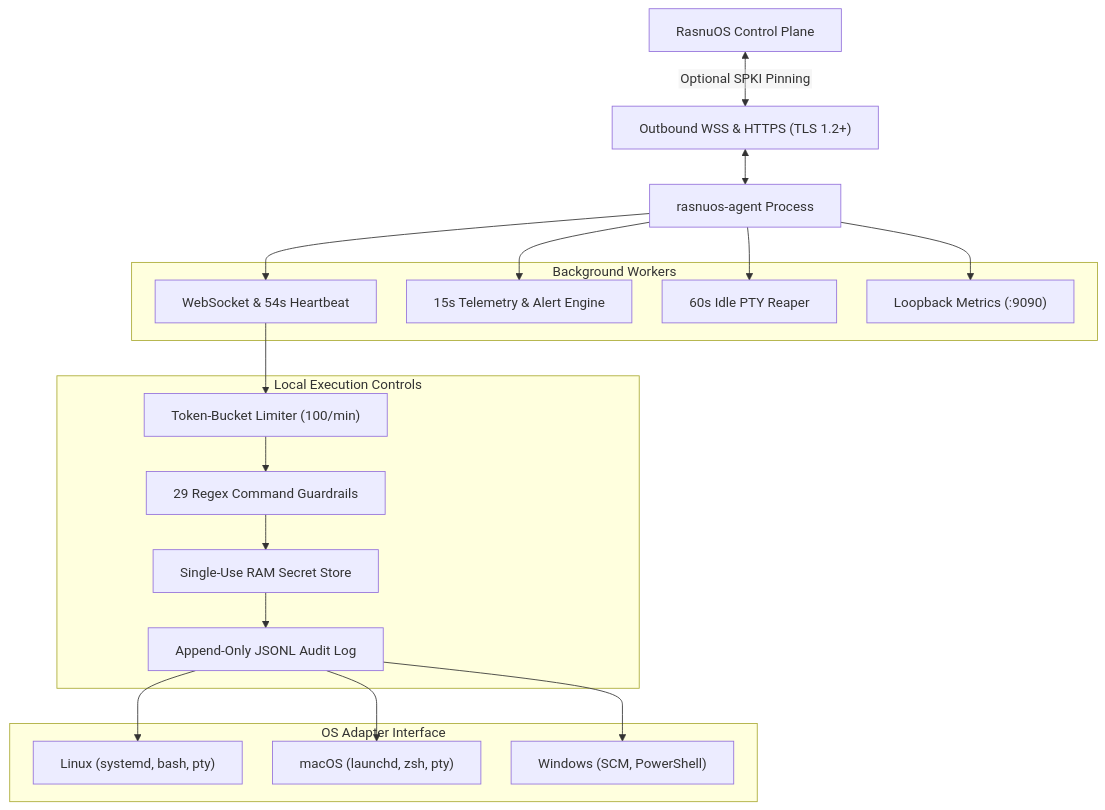
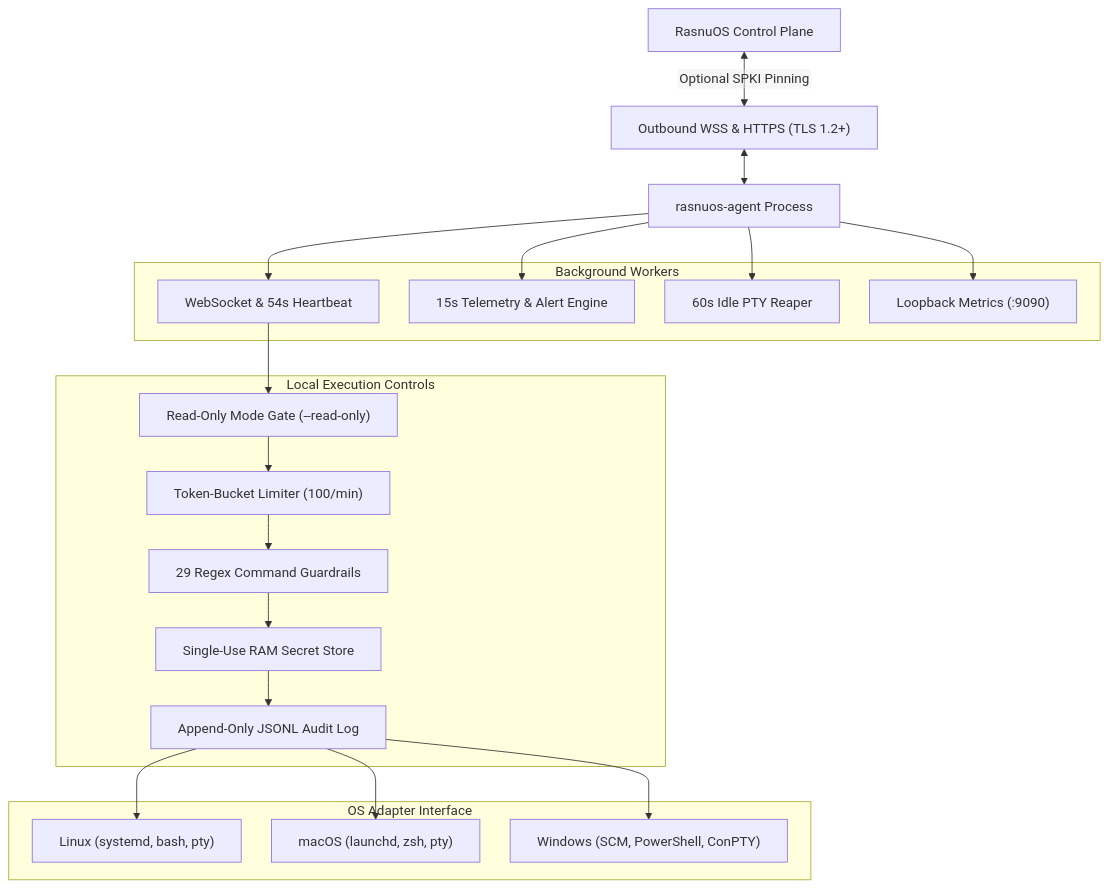
The first of 5 diagrams in README.md (rasnu/os-agent), drawn with Mermaid before and after one commit. The commit also changed other lines of this file, not shown here.

````diff
--- a/README.md
+++ b/README.md
@@ -50,44 +53,46 @@
 ```mermaid
 %%{init: {'htmlLabels': false, 'flowchart': {'htmlLabels': false, 'wrappingWidth': 420, 'padding': 16, 'nodeSpacing': 36, 'rankSpacing': 42}}}%%
 flowchart TD
     CP["RasnuOS Control Plane"]
     TLS["Outbound WSS & HTTPS (TLS 1.2+)"]
     Daemon["rasnuos-agent Process"]
 
     CP <-->|"Optional SPKI Pinning"| TLS
     TLS <--> Daemon
 
     subgraph Loops["Background Workers"]
         W1["WebSocket & 54s Heartbeat"]
         W2["15s Telemetry & Alert Engine"]
         W3["60s Idle PTY Reaper"]
         W4["Loopback Metrics (:9090)"]
     end
 
     Daemon --> W1
     Daemon --> W2
     Daemon --> W3
     Daemon --> W4
 
     subgraph Gateways["Local Execution Controls"]
+        G0["Read-Only Mode Gate (--read-only)"]
         G1["Token-Bucket Limiter (100/min)"]
         G2["29 Regex Command Guardrails"]
         G3["Single-Use RAM Secret Store"]
         G4["Append-Only JSONL Audit Log"]
     end
 
-    W1 --> G1
+    W1 --> G0
+    G0 --> G1
     G1 --> G2
     G2 --> G3
     G3 --> G4
 
     subgraph Platform["OS Adapter Interface"]
         P1["Linux (systemd, bash, pty)"]
         P2["macOS (launchd, zsh, pty)"]
-        P3["Windows (SCM, PowerShell)"]
+        P3["Windows (SCM, PowerShell, ConPTY)"]
     end
 
     G4 --> P1
     G4 --> P2
     G4 --> P3
 ```
````
